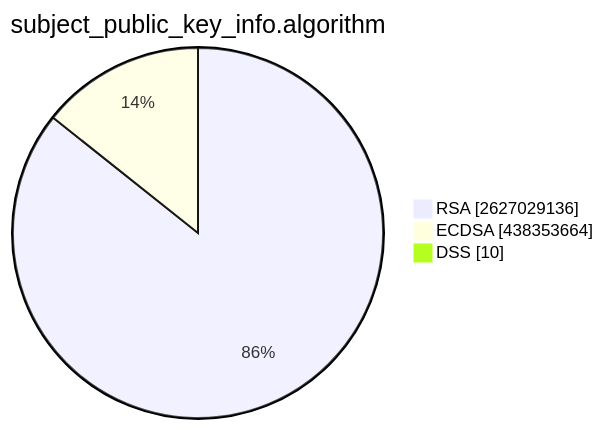
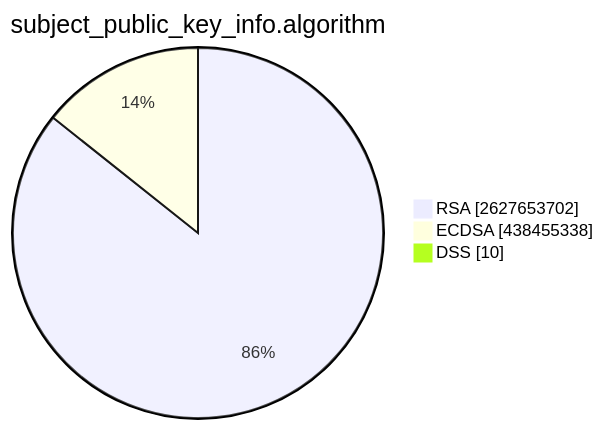
The second of 15 diagrams in TOTAL/README.md (christiankrug/ctmonitor_visualization), drawn with Mermaid before and after one commit. The commit also changed other lines of this file, not shown here.

````diff
--- a/TOTAL/README.md
+++ b/TOTAL/README.md
@@ -6,7 +6,7 @@
 ```mermaid
 pie showData
 title subject_public_key_info.algorithm
-"RSA" :2627029136
-"ECDSA" :438353664
+"RSA" :2627653702
+"ECDSA" :438455338
 "DSS" :10
 ```
````
